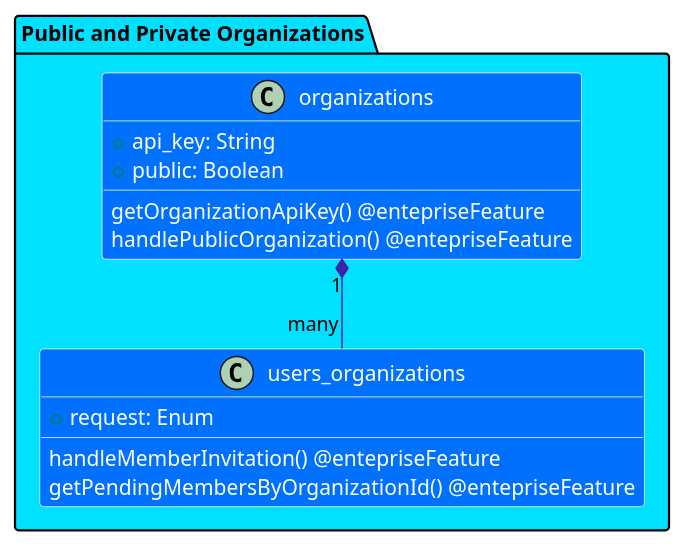
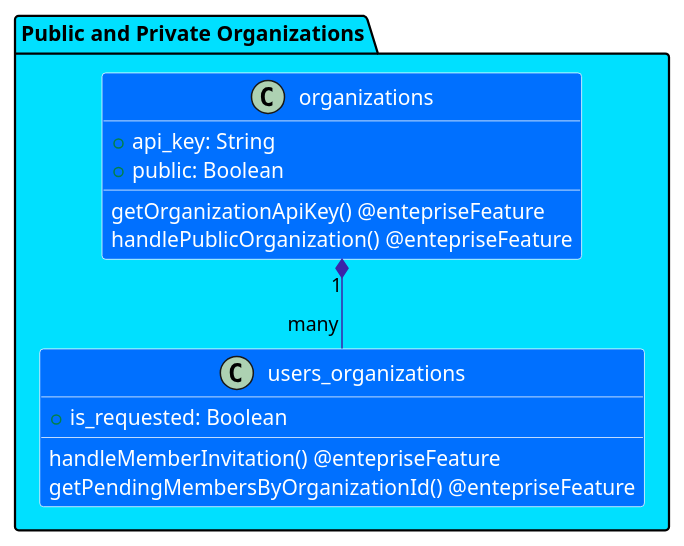
Before and after one commit to LucasTiberio/retailer-dev-api: the diagram in architecture-public-private-organizations.md, drawn with PlantUML. The commit also changed other lines of this file, not shown here.

Commit message:
update architecture.

````diff
--- a/architecture-public-private-organizations.md
+++ b/architecture-public-private-organizations.md
@@ -11,37 +13,37 @@
 ```plantuml
 @startuml
 package "Public and Private Organizations" #00E0FF {
 
     skinparam class {
         BackgroundColor #0070FF
         ArrowColor #3B24A8
         BorderColor White
         FontColor White
         AttributeFontColor White
         FontSize 16
         AttributeFontSize 14
         FontName Arial
     }
     skinparam stereotypeCBackgroundColor White
 
     class organizations {
         + api_key: String
         + public: Boolean
     }
     organizations : getOrganizationApiKey() @entepriseFeature
     organizations : handlePublicOrganization() @entepriseFeature
     ' api_key : (SHA256 (organization name + timestamp))
     ' public : defaultsTo(false)
 
     class users_organizations {
-        + request: Enum
+        + is_requested: Boolean
     }
     users_organizations : handleMemberInvitation() @entepriseFeature
     users_organizations : getPendingMembersByOrganizationId() @entepriseFeature
-    ' request : enum(approved, reproved, pending).defaultsTo(approved)
+    ' is_requested : defaultsTo(false)
 
     organizations "1" *-- "many" users_organizations
 
 }
 @enduml
 ```
````
